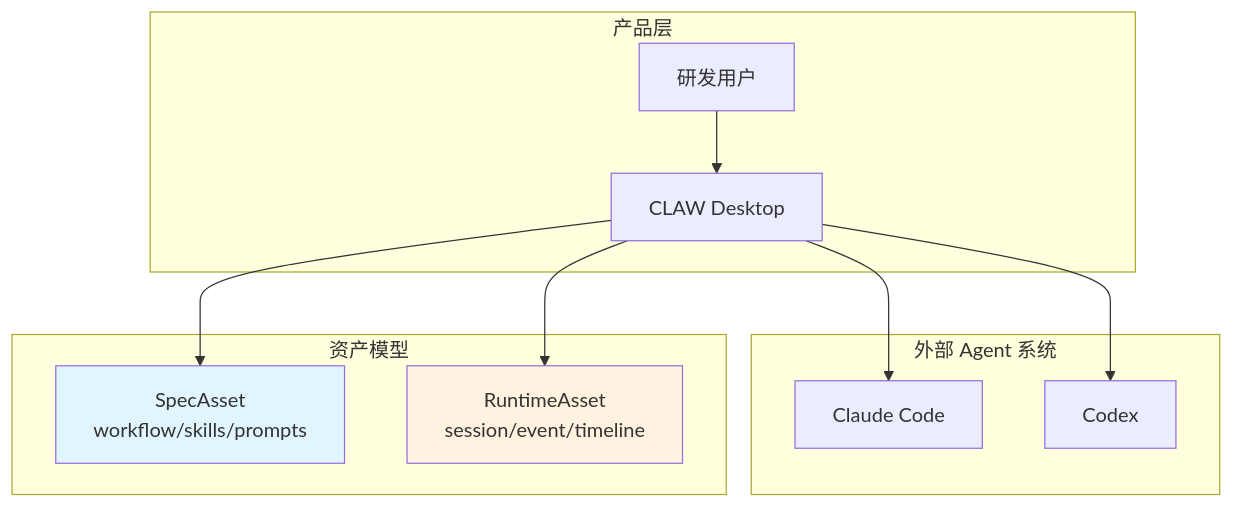
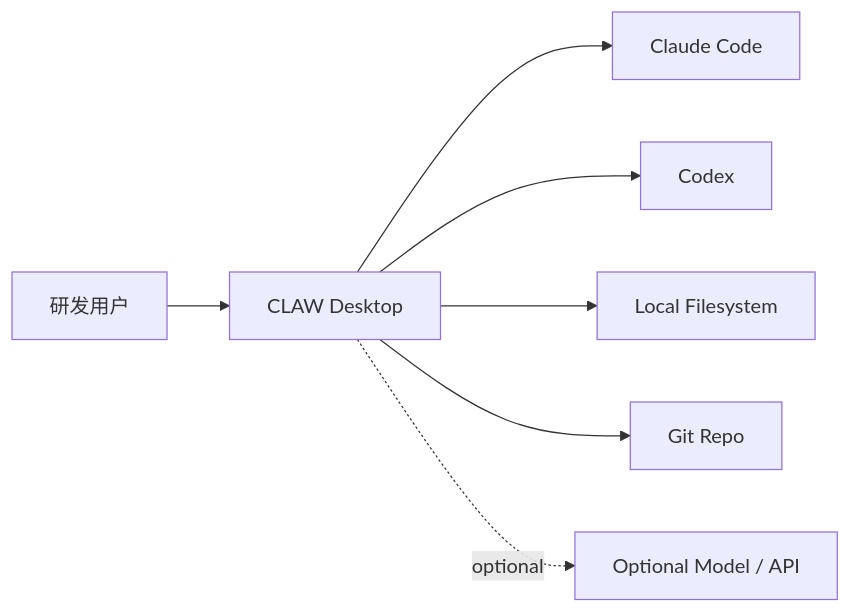
The first of 3 diagrams in .tech/repowiki/zh/content/核心模块规格/产品与工程文档总览.md (lst016/tech-cc-hub), drawn with Mermaid before and after one commit. The commit also changed other lines of this file and 129 other files, not shown here.

````diff
--- a/.tech/repowiki/zh/content/核心模块规格/产品与工程文档总览.md
+++ b/.tech/repowiki/zh/content/核心模块规格/产品与工程文档总览.md
@@ -90,24 +149,9 @@
 ```mermaid
-flowchart TB
-    subgraph Product["产品层"]
-        CLAW["CLAW Desktop"]
-        User["研发用户"]
-    end
-    subgraph AgentOS["外部 Agent 系统"]
-        Claude["Claude Code"]
-        Codex["Codex"]
-    end
-    subgraph Assets["资产模型"]
-        SpecAsset["SpecAsset\nworkflow/skills/prompts"]
-        RuntimeAsset["RuntimeAsset\nsession/event/timeline"]
-    end
-
-    User --> CLAW
-    CLAW --> Claude
-    CLAW --> Codex
-    CLAW --> SpecAsset
-    CLAW --> RuntimeAsset
-
-    style SpecAsset fill:#e1f5fe
-    style RuntimeAsset fill:#fff3e0
+flowchart LR
+    User["研发用户"] --> CLAW["CLAW Desktop"]
+    CLAW --> Claude["Claude Code"]
+    CLAW --> Codex["Codex"]
+    CLAW --> FS["Local Filesystem"]
+    CLAW --> Git["Git Repo"]
+    CLAW -. optional .-> Ext["Optional Model / API"]
 ```
````
